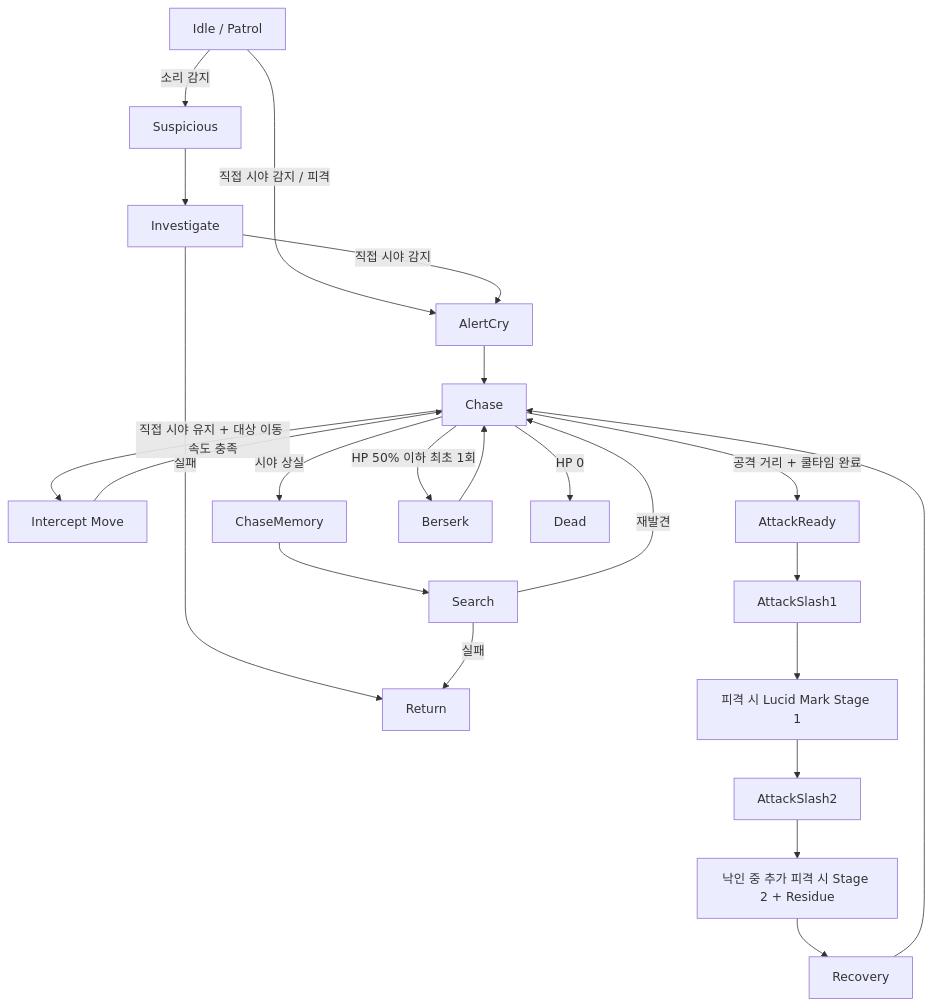
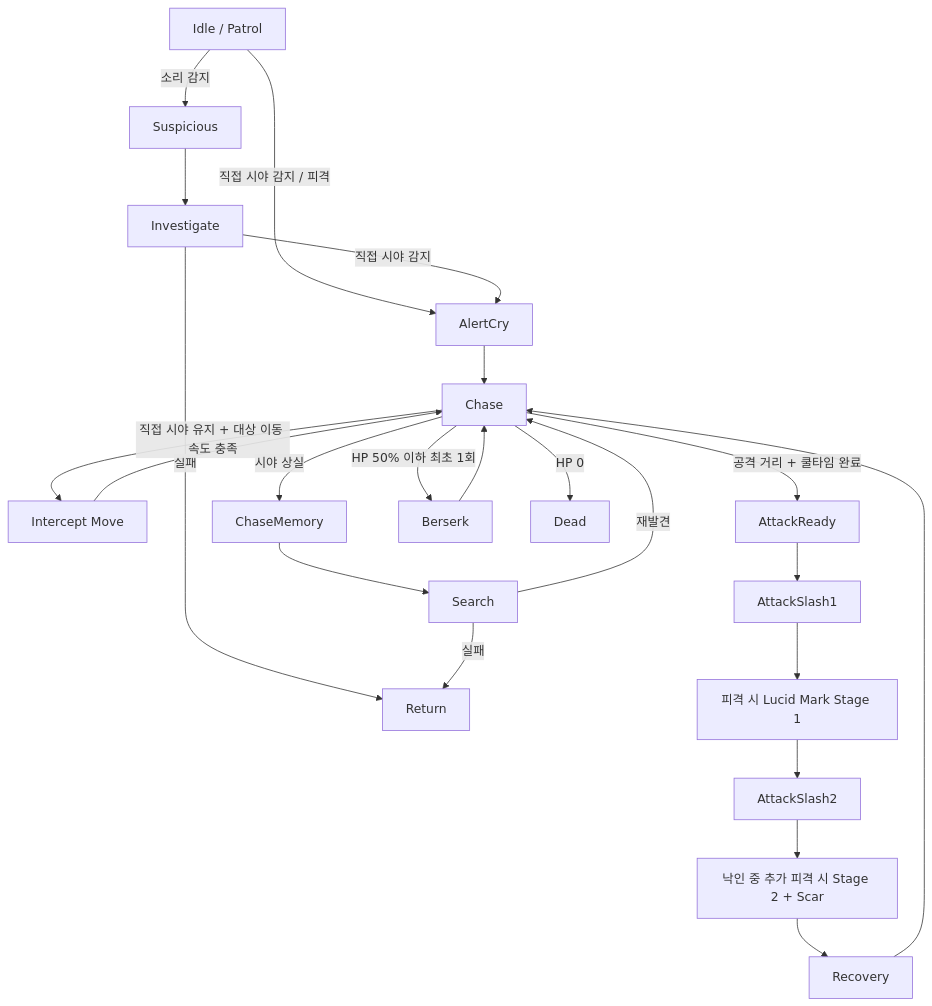
Before and after one commit to Jin-o12/Document_LucidDiver: the diagram in LucidDiver_Document/검수/P0.5_꿈식자_에너미_연동_명세서_v1.0.0.md, drawn with Mermaid. The commit also changed other lines of this file and 1 other file, not shown here.

````diff
--- a/LucidDiver_Document/검수/P0.5_꿈식자_에너미_연동_명세서_v1.0.0.md
+++ b/LucidDiver_Document/검수/P0.5_꿈식자_에너미_연동_명세서_v1.0.0.md
@@ -32,30 +32,30 @@
 ```mermaid
 flowchart TD
     Idle[Idle / Patrol] -->|직접 시야 감지 / 피격| AlertCry[AlertCry]
     Idle -->|소리 감지| Suspicious[Suspicious]
     Suspicious --> Investigate[Investigate]
     Investigate -->|직접 시야 감지| AlertCry
     Investigate -->|실패| Return[Return]
 
     AlertCry --> Chase[Chase]
     Chase -->|직접 시야 유지 + 대상 이동 속도 충족| InterceptMove[Intercept Move]
     InterceptMove --> Chase
 
     Chase -->|공격 거리 + 쿨타임 완료| AttackReady[AttackReady]
     AttackReady --> AttackSlash1[AttackSlash1]
     AttackSlash1 --> OnHitMark1[피격 시 Lucid Mark Stage 1]
     OnHitMark1 --> AttackSlash2[AttackSlash2]
-    AttackSlash2 --> OnHitMark2[낙인 중 추가 피격 시 Stage 2 + Residue]
+    AttackSlash2 --> OnHitMark2[낙인 중 추가 피격 시 Stage 2 + Scar]
     OnHitMark2 --> Recovery[Recovery]
     Recovery --> Chase
 
     Chase -->|시야 상실| ChaseMemory[ChaseMemory]
     ChaseMemory --> Search[Search]
     Search -->|재발견| Chase
     Search -->|실패| Return
 
     Chase -->|HP 50% 이하 최초 1회| Berserk[Berserk]
     Berserk --> Chase
 
     Chase -->|HP 0| Dead[Dead]
 ```
````
